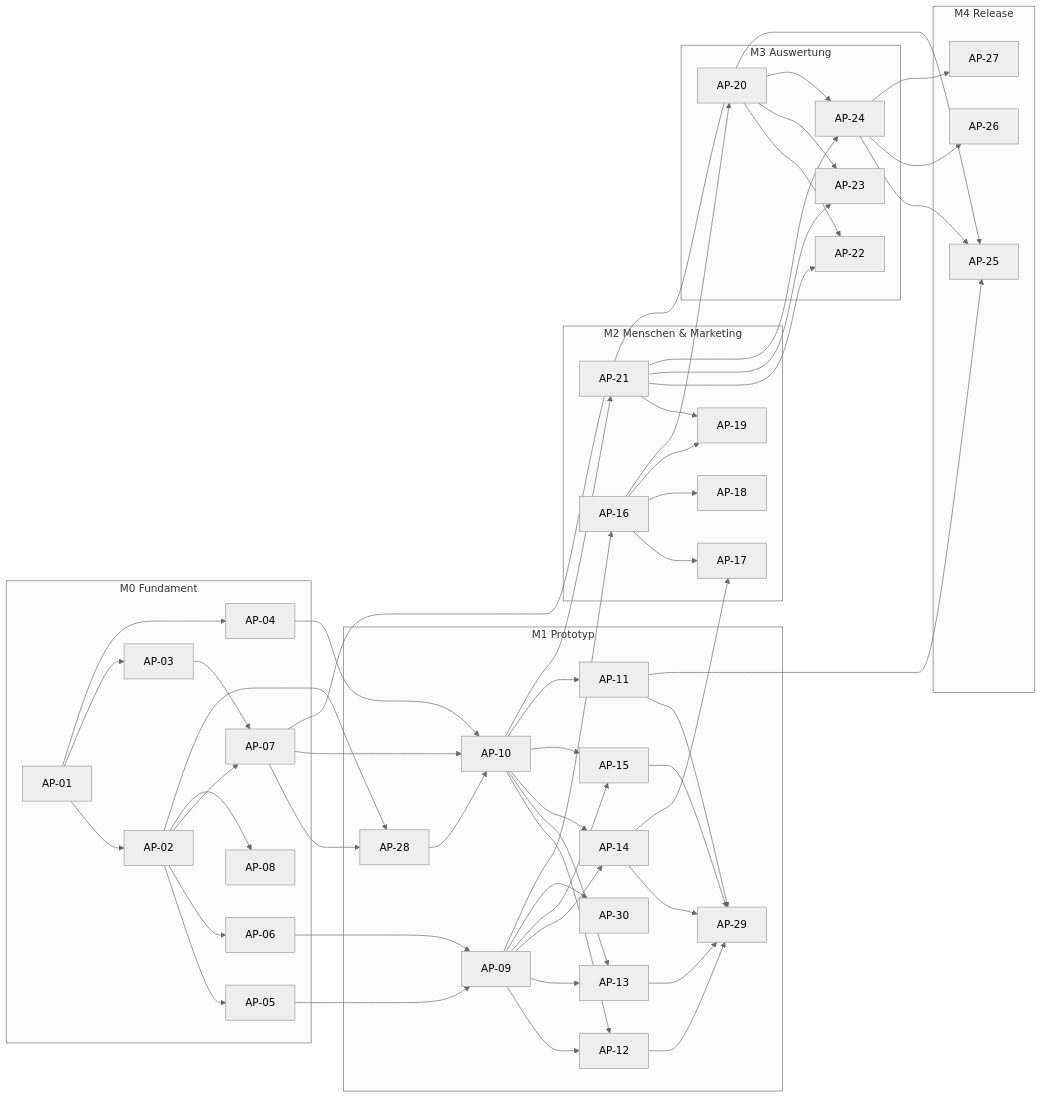
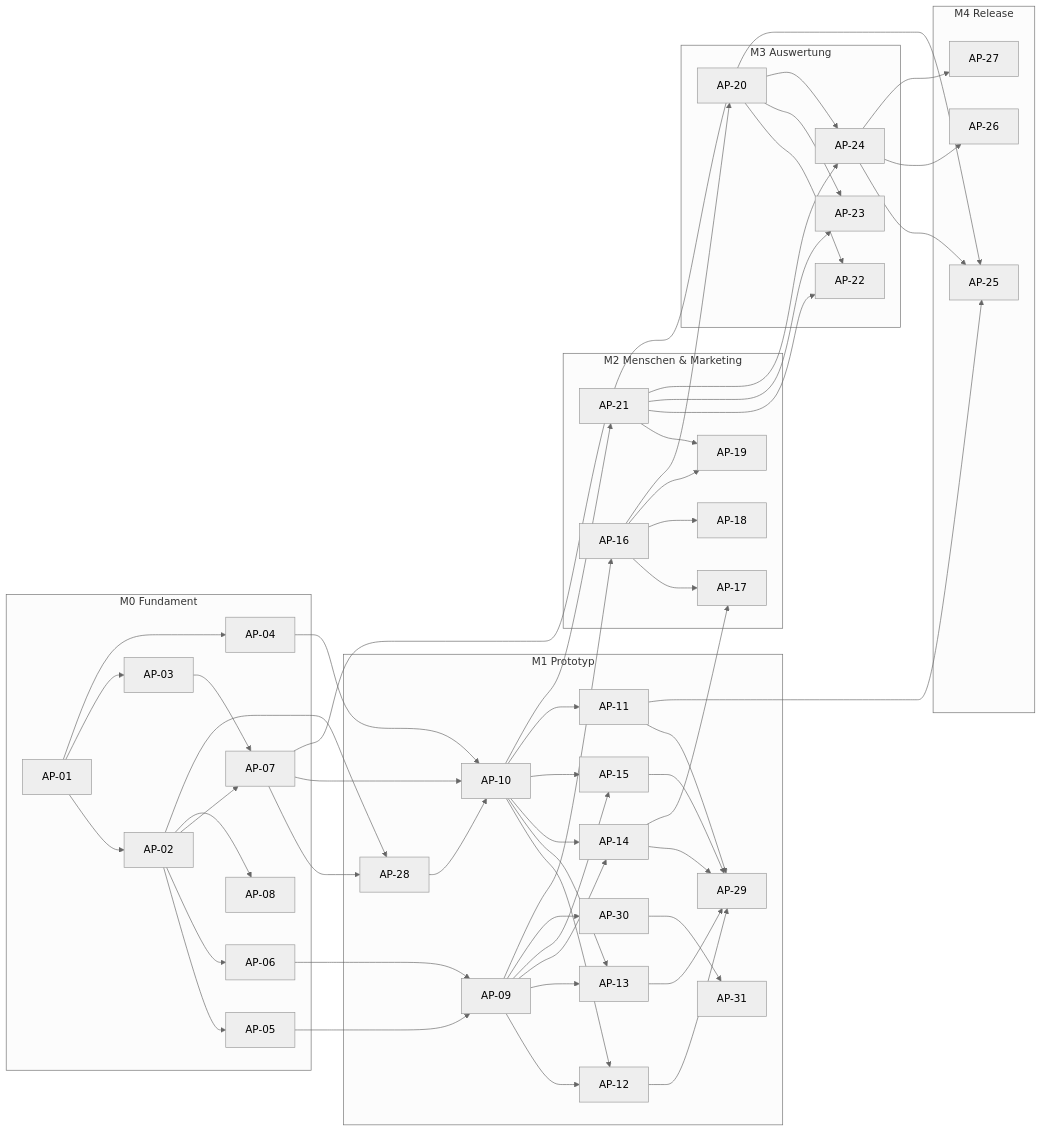
One commit to CemDCoding/appManager changed the third of 3 diagrams in docs/masterBuildPlan.md. Above: the diagram before and after it, drawn with Mermaid (neutral theme). The commit also changed other lines of this file, not shown here.

````diff
--- a/docs/masterBuildPlan.md
+++ b/docs/masterBuildPlan.md
@@ -563,38 +565,38 @@
 ```mermaid
 flowchart LR
   subgraph M0["M0 Fundament"]
     AP01["AP-01"] --> AP02["AP-02"] & AP03["AP-03"] & AP04["AP-04"]
     AP02 --> AP05["AP-05"] & AP06["AP-06"] & AP07["AP-07"] & AP08["AP-08"]
     AP03 --> AP07
   end
   subgraph M1["M1 Prototyp"]
     AP09["AP-09"]
     AP28["AP-28"]
     AP10["AP-10"]
     AP09 & AP10 --> AP12["AP-12"] & AP13["AP-13"] & AP14["AP-14"] & AP15["AP-15"]
     AP10 --> AP11["AP-11"]
     AP11 & AP12 & AP13 & AP14 & AP15 --> AP29["AP-29"]
-    AP09 --> AP30["AP-30"]
+    AP09 --> AP30["AP-30"] --> AP31["AP-31"]
   end
   subgraph M2["M2 Menschen & Marketing"]
     AP16["AP-16"] --> AP17["AP-17"] & AP18["AP-18"] & AP19["AP-19"]
     AP21["AP-21"] --> AP19
   end
   subgraph M3["M3 Auswertung"]
     AP20["AP-20"] --> AP22["AP-22"] & AP23["AP-23"] & AP24["AP-24"]
   end
   AP21 --> AP22 & AP23 & AP24
   AP14 --> AP17
   subgraph M4["M4 Release"]
     AP25["AP-25"]
     AP26["AP-26"]
     AP27["AP-27"]
   end
   AP05 & AP06 --> AP09
   AP02 & AP07 --> AP28
   AP04 & AP07 & AP28 --> AP10
   AP09 --> AP16 --> AP20
   AP10 --> AP21
   AP07 & AP11 --> AP25
   AP24 --> AP25 & AP26 & AP27
 ```
````
